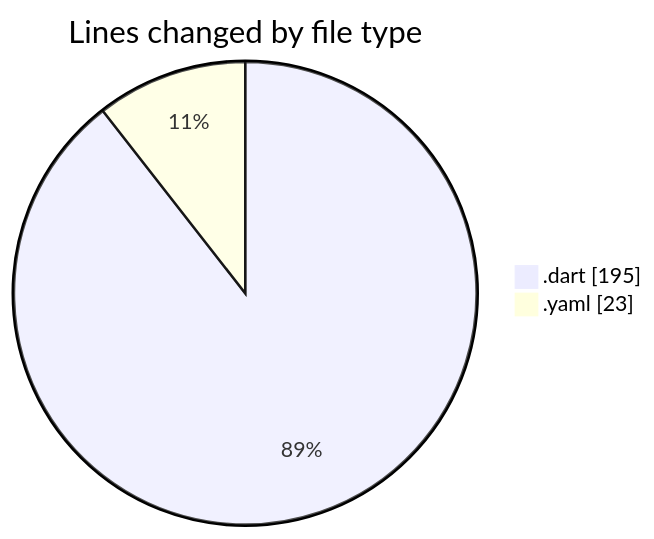
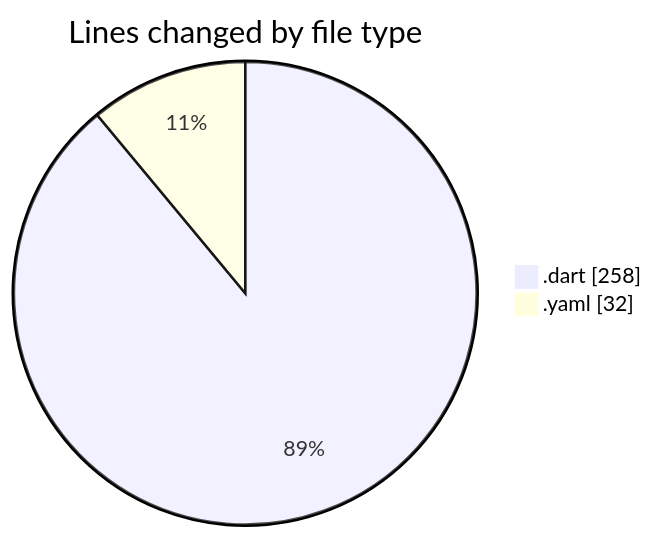
The first of 2 diagrams in 2025-07-30/appproject/README.md (lephambinh05/code-tracking), drawn with Mermaid before and after one commit. The commit also changed other lines of this file and 1 other file, not shown here.

````diff
--- a/2025-07-30/appproject/README.md
+++ b/2025-07-30/appproject/README.md
@@ -24,6 +24,6 @@
 ```mermaid
 pie showData
 title Lines changed by file type
-".dart" : 195
-".yaml" : 23
+".dart" : 258
+".yaml" : 32
 ```
````
